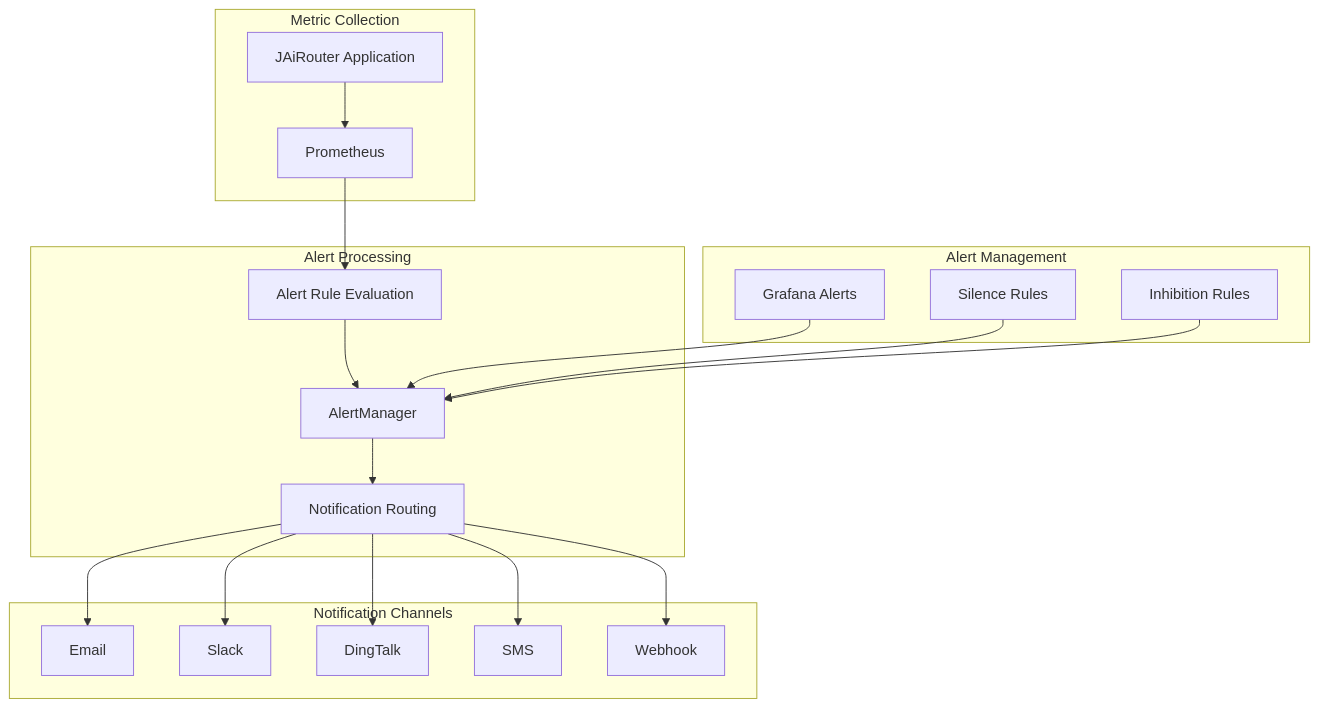
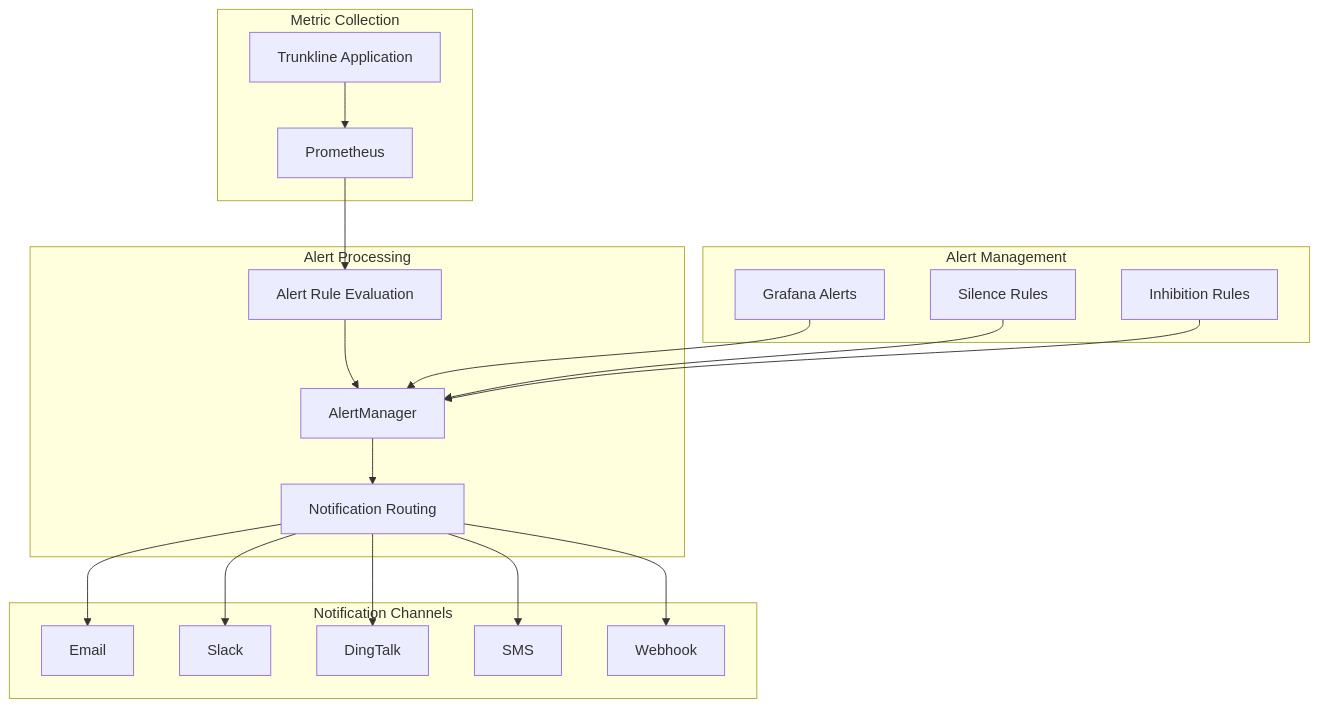
One commit to ethdeve/trunkline changed the first of 2 diagrams in docs/en/monitoring/alerts.md. Above: the diagram before and after it, drawn with Mermaid. The commit also changed other lines of this file and 1160 other files, not shown here.

````diff
--- a/docs/en/monitoring/alerts.md
+++ b/docs/en/monitoring/alerts.md
@@ -16,26 +16,26 @@
 ```mermaid
 graph TB
     subgraph "Metric Collection"
-        A[JAiRouter Application] --> B[Prometheus]
+        A[Trunkline Application] --> B[Prometheus]
     end
     
     subgraph "Alert Processing"
         B --> C[Alert Rule Evaluation]
         C --> D[AlertManager]
         D --> E[Notification Routing]
     end
     
     subgraph "Notification Channels"
         E --> F[Email]
         E --> G[Slack]
         E --> H[DingTalk]
         E --> I[SMS]
         E --> J[Webhook]
     end
     
     subgraph "Alert Management"
         K[Grafana Alerts] --> D
         L[Silence Rules] --> D
         M[Inhibition Rules] --> D
     end
 ```
````
